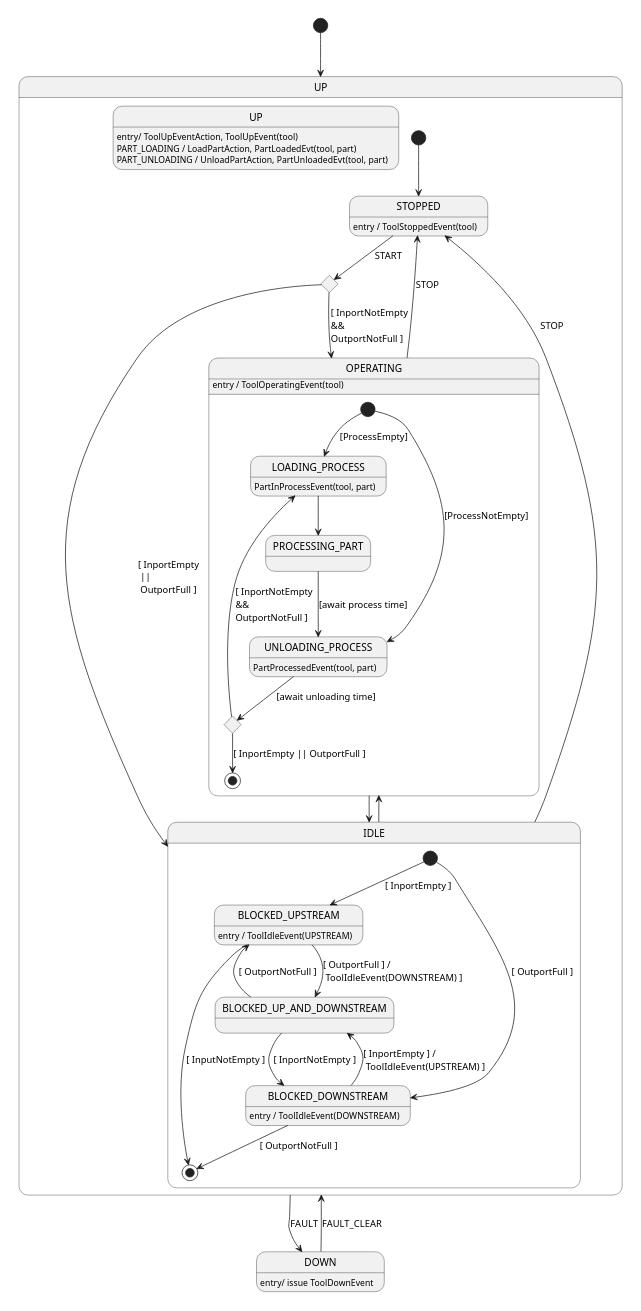
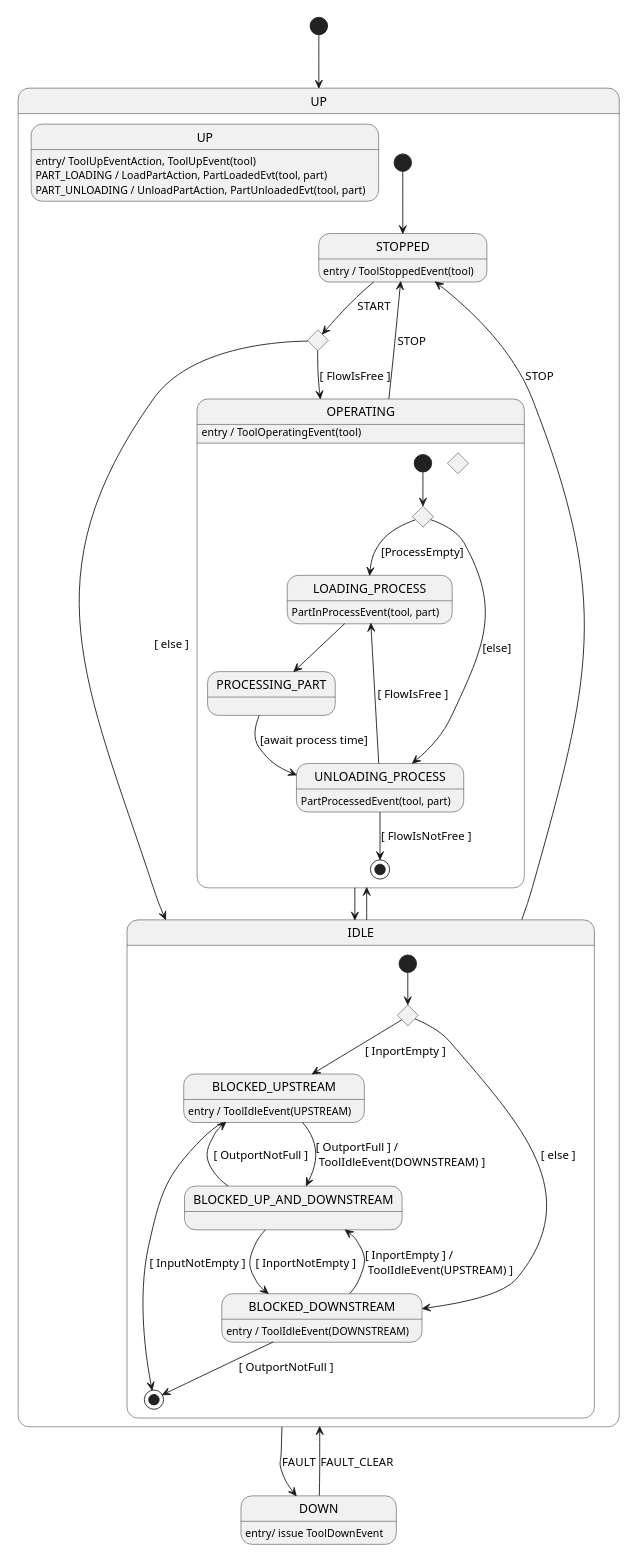
Before and after one commit to onouv/mes-tool-mock-srv: the diagram in doc/domain/tool.state.puml, drawn with PlantUML. The commit also changed 8 other files, not shown here.

```diff
--- a/doc/domain/tool.state.puml
+++ b/doc/domain/tool.state.puml
@@ -1,65 +1,68 @@
 @startuml
 'https://plantuml.com/state-diagram
 skinparam defaultTextAlignment left
 scale 350 width
 
 [*] --> UP
 state DOWN : entry/ issue ToolDownEvent
 
 state UP {
     state UP: entry/ ToolUpEventAction, ToolUpEvent(tool)
     state UP: PART_LOADING / LoadPartAction, PartLoadedEvt(tool, part)
     state UP: PART_UNLOADING / UnloadPartAction, PartUnloadedEvt(tool, part)
 
     state STOPPED
     STOPPED: entry / ToolStoppedEvent(tool)
 
-    state CHOICE_START <<choice>>
+    state UP_CHOICE <<choice>>
     [*] --> STOPPED
-    STOPPED --> CHOICE_START: START
-    CHOICE_START --> OPERATING: [ InportNotEmpty\n&&\nOutportNotFull ]
-    CHOICE_START --> IDLE: [ InportEmpty \n ||\n OutportFull ]
+    STOPPED --> UP_CHOICE: START
+    UP_CHOICE --> OPERATING: [ FlowIsFree ]
+    UP_CHOICE --> IDLE: [ else ]
 
     OPERATING --> STOPPED: STOP
     OPERATING --> IDLE
 
     state IDLE {
 
         state BLOCKED_UPSTREAM: entry / ToolIdleEvent(UPSTREAM)
         state BLOCKED_DOWNSTREAM: entry / ToolIdleEvent(DOWNSTREAM)
+        state IDLE_CHOICE <<choice>>
 
-        [*] --> BLOCKED_UPSTREAM: [ InportEmpty ]
-        [*] --> BLOCKED_DOWNSTREAM: [ OutportFull ]
+        [*] --> IDLE_CHOICE
+        IDLE_CHOICE --> BLOCKED_UPSTREAM: [ InportEmpty ]
+        IDLE_CHOICE --> BLOCKED_DOWNSTREAM: [ else ]
         BLOCKED_DOWNSTREAM --> BLOCKED_UP_AND_DOWNSTREAM: [ InportEmpty ] /\n ToolIdleEvent(UPSTREAM) ]
         BLOCKED_UPSTREAM --> BLOCKED_UP_AND_DOWNSTREAM: [ OutportFull ] /\n ToolIdleEvent(DOWNSTREAM) ]
         BLOCKED_UP_AND_DOWNSTREAM --> BLOCKED_UPSTREAM: [ OutportNotFull ]
         BLOCKED_UP_AND_DOWNSTREAM --> BLOCKED_DOWNSTREAM: [ InportNotEmpty ]
         BLOCKED_DOWNSTREAM --> [*]: [ OutportNotFull ]
         BLOCKED_UPSTREAM --> [*]: [ InputNotEmpty ]
      }
 
     state OPERATING {
         OPERATING: entry / ToolOperatingEvent(tool)
-                state LOADING_PROCESS: PartInProcessEvent(tool, part)
-                state UNLOADING_PROCESS: PartProcessedEvent(tool, part)
-                state CHOICE_UNLOADING <<choice>>
-                state PROCESSING_PART
+            state LOADING_PROCESS: PartInProcessEvent(tool, part)
+            state UNLOADING_PROCESS: PartProcessedEvent(tool, part)
+            state CHOICE_PROCESS_EMPTY <<choice>>
+            state CHOICE_UNLOADING <<choice>>
+            state PROCESSING_PART
 
-                [*] --> LOADING_PROCESS: [ProcessEmpty]
-                [*] --> UNLOADING_PROCESS: [ProcessNotEmpty]
-                LOADING_PROCESS --> PROCESSING_PART
+            [*] --> CHOICE_PROCESS_EMPTY
+            CHOICE_PROCESS_EMPTY --> LOADING_PROCESS: [ProcessEmpty]
+            CHOICE_PROCESS_EMPTY --> UNLOADING_PROCESS: [else]
+            LOADING_PROCESS --> PROCESSING_PART
 
-                PROCESSING_PART --> UNLOADING_PROCESS: [await process time]
-                UNLOADING_PROCESS --> CHOICE_UNLOADING: [await unloading time]
-                CHOICE_UNLOADING --> LOADING_PROCESS: [ InportNotEmpty \n&& \nOutportNotFull ]
-                CHOICE_UNLOADING --> [*] : [ InportEmpty || OutportFull ]
+            PROCESSING_PART --> UNLOADING_PROCESS: [await process time]
+            UNLOADING_PROCESS --> LOADING_PROCESS: [ FlowIsFree ]
+            UNLOADING_PROCESS --> [*] : [ FlowIsNotFree ]
     }
 
     IDLE --> OPERATING
     IDLE --> STOPPED: STOP
 
 }
 
 UP --> DOWN: FAULT
 DOWN --> UP: FAULT_CLEAR
 @enduml
```
